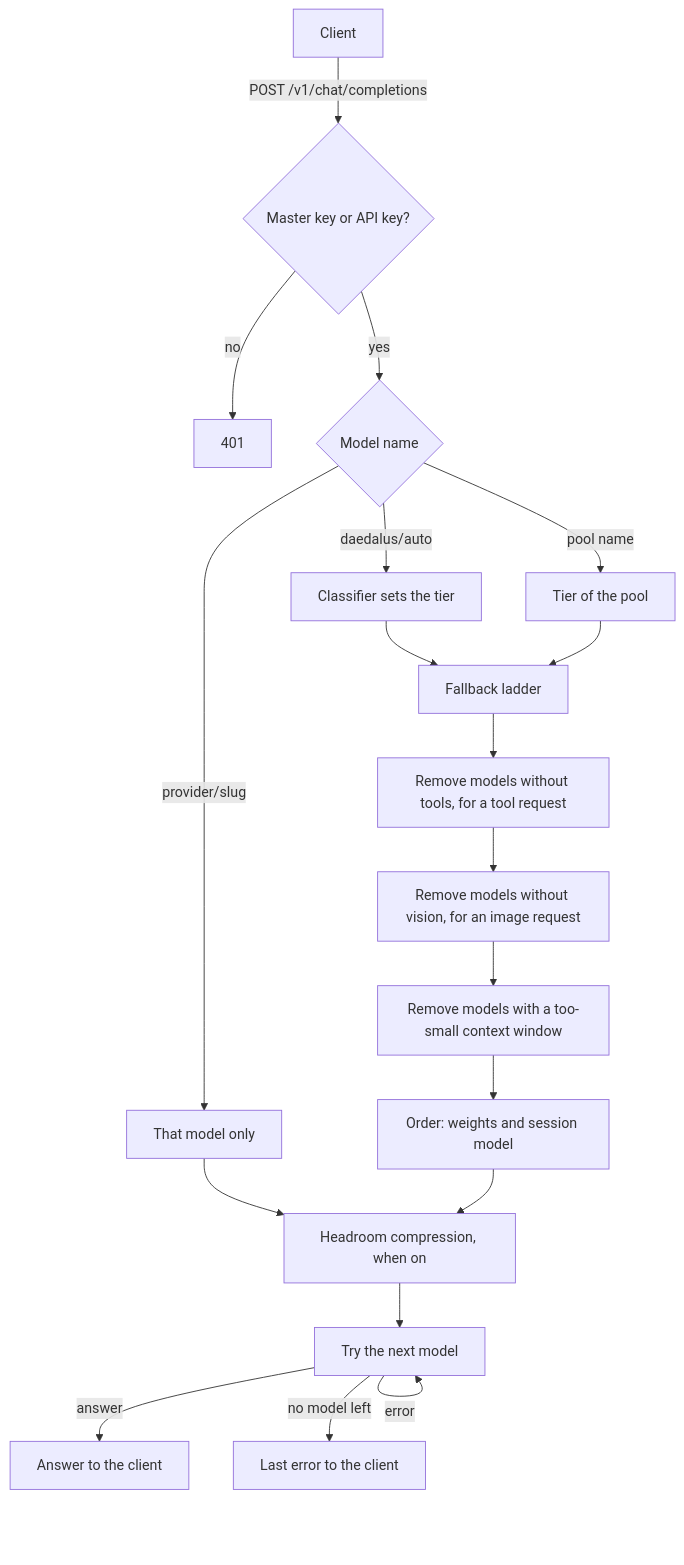
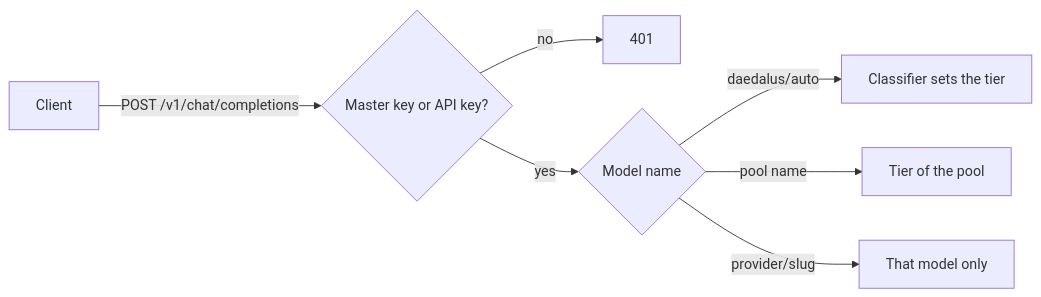
One commit to nemoe7/daedalus changed the first of 9 diagrams in docs/architecture.md. Above: the diagram before and after it, drawn with Mermaid. The commit also changed other lines of this file and 5 other files, not shown here.

Commit message:
docs: lay the diagrams out left to right for a desktop

````diff
--- a/docs/architecture.md
+++ b/docs/architecture.md
@@ -24,21 +26,9 @@
 ```mermaid
-flowchart TD
+flowchart LR
   C[Client] -->|POST /v1/chat/completions| A{Master key or API key?}
   A -->|no| E401[401]
   A -->|yes| M{Model name}
   M -->|daedalus/auto| CL[Classifier sets the tier]
   M -->|pool name| P[Tier of the pool]
   M -->|provider/slug| D[That model only]
-  CL --> L[Fallback ladder]
-  P --> L
-  L --> F[Remove models without tools, for a tool request]
-  F --> V[Remove models without vision, for an image request]
-  V --> S[Remove models with a too-small context window]
-  S --> O[Order: weights and session model]
-  D --> H
-  O --> H[Headroom compression, when on]
-  H --> T[Try the next model]
-  T -->|answer| OK[Answer to the client]
-  T -->|error| T
-  T -->|no model left| E502[Last error to the client]
 ```
````
